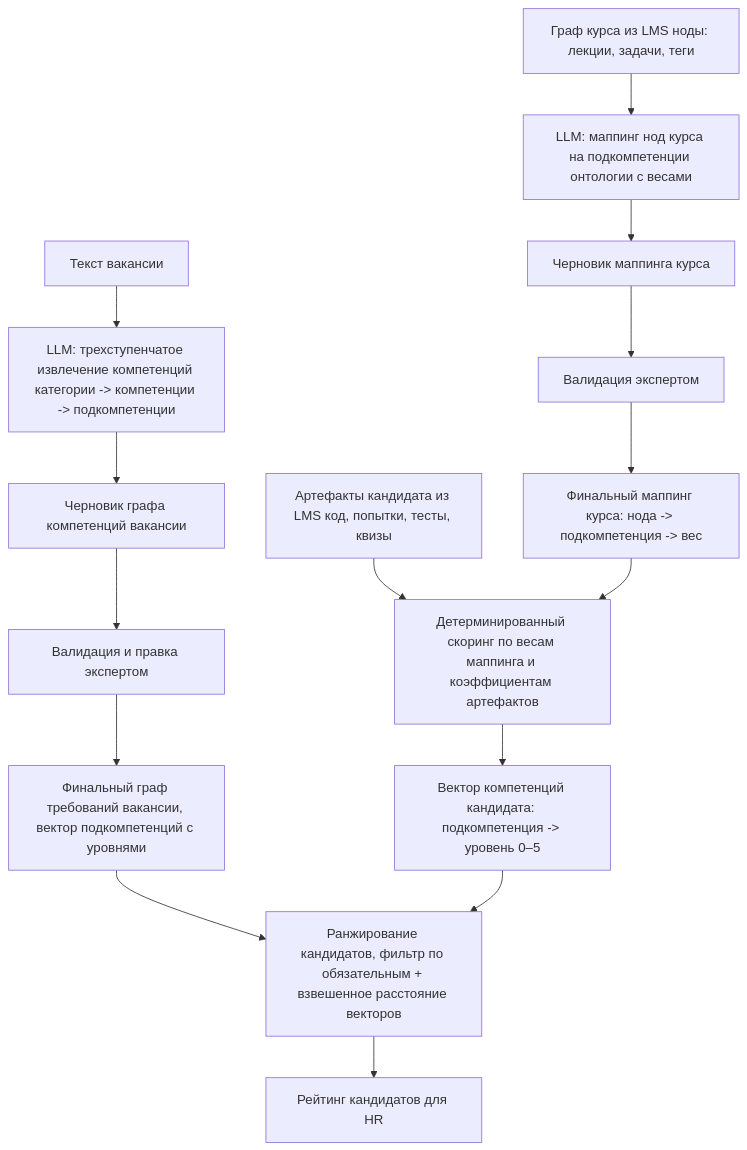
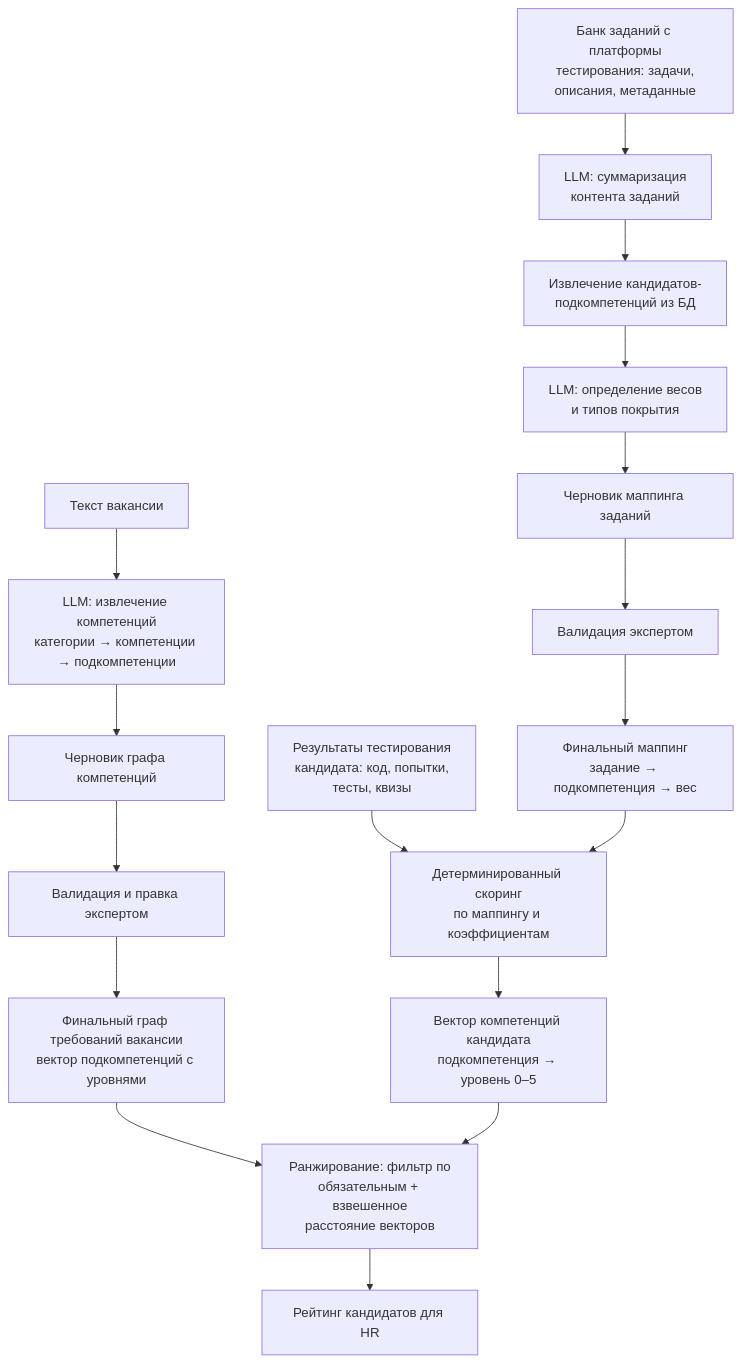
One commit to ruslantur77/ai-competency-profiler changed the diagram in ml_system_design_doc.md. Above: the diagram before and after it, drawn with Mermaid. The commit also changed other lines of this file, not shown here.

````diff
--- a/ml_system_design_doc.md
+++ b/ml_system_design_doc.md
@@ -128,20 +129,22 @@
 ```mermaid
 flowchart TD
-    A[Текст вакансии] --> B[LLM: трехступенчатое извлечение компетенций категории -> компетенции -> подкомпетенции]
-    B --> C[Черновик графа компетенций вакансии]
+    A[Текст вакансии] --> B[LLM: извлечение компетенций<br/>категории → компетенции → подкомпетенции]
+    B --> C[Черновик графа компетенций]
     C --> D[Валидация и правка экспертом]
-    D --> E[Финальный граф требований вакансии, вектор подкомпетенций с уровнями]
+    D --> E[Финальный граф требований вакансии<br/>вектор подкомпетенций с уровнями]
 
-    F[Граф курса из LMS ноды: лекции, задачи, теги] --> G[LLM: маппинг нод курса на подкомпетенции онтологии с весами]
-    G --> H[Черновик маппинга курса]
+    F[Банк заданий с платформы<br/>тестирования: задачи,<br/>описания, метаданные] --> F1[LLM: суммаризация<br/>контента заданий]
+    F1 --> F2[Извлечение кандидатов-<br/>подкомпетенций из БД]
+    F2 --> G[LLM: определение весов<br/>и типов покрытия]
+    G --> H[Черновик маппинга заданий]
     H --> I[Валидация экспертом]
-    I --> J[Финальный маппинг курса: нода -> подкомпетенция -> вес]
+    I --> J[Финальный маппинг<br/>задание → подкомпетенция → вес]
 
-    K[Артефакты кандидата из LMS код, попытки, тесты, квизы] --> L[Детерминированный скоринг по весам маппинга и коэффициентам артефактов]
+    K[Результаты тестирования<br/>кандидата: код, попытки,<br/>тесты, квизы] --> L[Детерминированный скоринг<br/>по маппингу и коэффициентам]
     J --> L
-    L --> M[Вектор компетенций кандидата: подкомпетенция -> уровень 0–5]
+    L --> M[Вектор компетенций кандидата<br/>подкомпетенция → уровень 0–5]
 
-    E --> N[Ранжирование кандидатов, фильтр по обязательным + взвешенное расстояние векторов]
+    E --> N[Ранжирование: фильтр по<br/>обязательным + взвешенное<br/>расстояние векторов]
     M --> N
     N --> O[Рейтинг кандидатов для HR]
 ```
````
